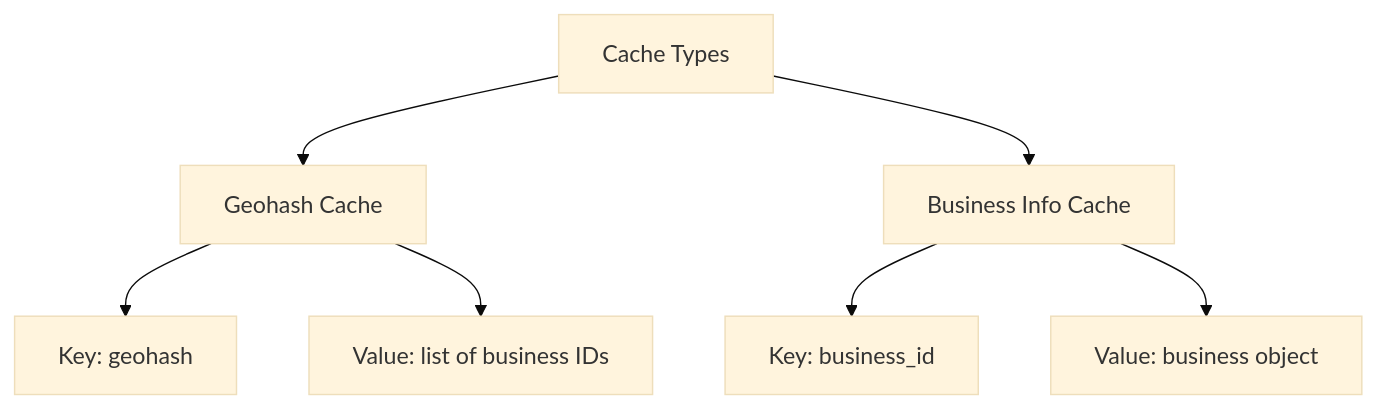
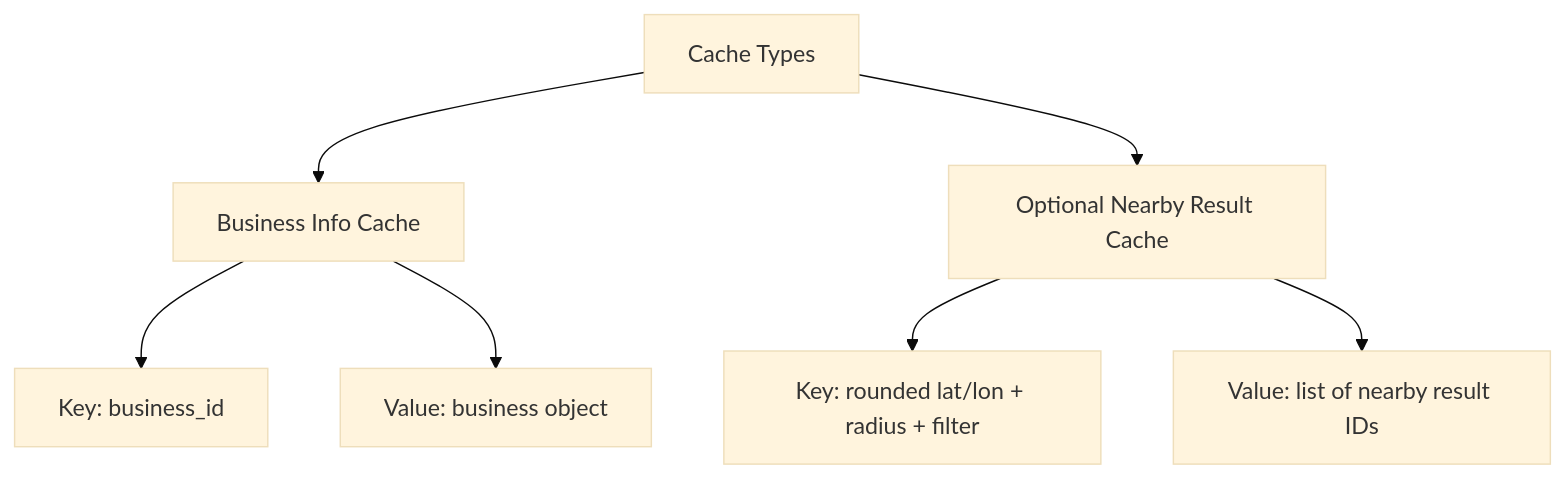
Before and after one commit to mthaiseer/springcloud-systemdesign-notes: the tenth of 17 diagrams in HLD_NOTES/004_INTERVIEW_PROBLEMS/013_proximity_service_visual_notes.md, drawn with Mermaid (base theme). The commit also changed other lines of this file and 1 other file, not shown here.

````diff
--- a/HLD_NOTES/004_INTERVIEW_PROBLEMS/013_proximity_service_visual_notes.md
+++ b/HLD_NOTES/004_INTERVIEW_PROBLEMS/013_proximity_service_visual_notes.md
@@ -612,11 +648,11 @@
 ```mermaid
 flowchart TB
-    A[Cache Types] --> B[Geohash Cache]
-    A --> C[Business Info Cache]
+    A[Cache Types] --> B[Business Info Cache]
+    A --> C[Optional Nearby Result Cache]
 
-    B --> B1[Key: geohash]
-    B --> B2[Value: list of business IDs]
+    B --> B1[Key: business_id]
+    B --> B2[Value: business object]
 
-    C --> C1[Key: business_id]
-    C --> C2[Value: business object]
+    C --> C1[Key: rounded lat/lon + radius + filter]
+    C --> C2[Value: list of nearby result IDs]
 ```
````
